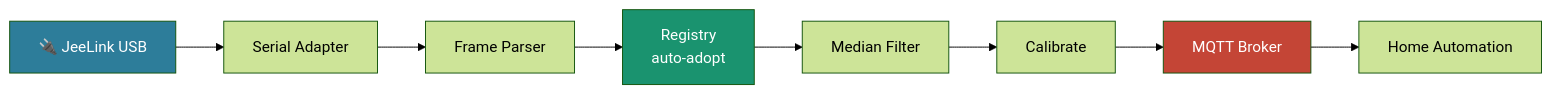
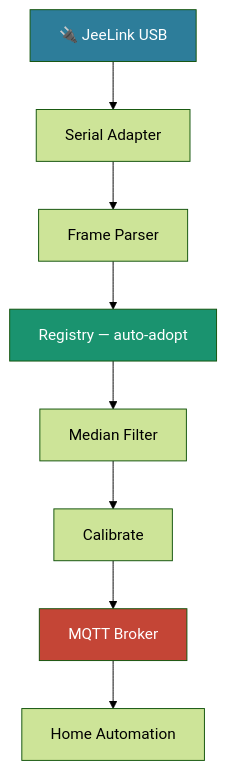
Before and after one commit to ff-fab/cosalette-apps: the diagram in apps/jeelink2mqtt/docs/index.md, drawn with Mermaid (forest theme). The commit also changed other lines of this file and 9 other files, not shown here.

````diff
--- a/apps/jeelink2mqtt/docs/index.md
+++ b/apps/jeelink2mqtt/docs/index.md
@@ -59,14 +50,14 @@
 ```mermaid
-flowchart LR
+flowchart TD
     A[🔌 JeeLink USB] --> B[Serial Adapter]
     B --> C[Frame Parser]
-    C --> D[Registry\nauto-adopt]
+    C --> D[Registry — auto-adopt]
     D --> E[Median Filter]
     E --> F[Calibrate]
     F --> G[MQTT Broker]
     G --> H[Home Automation]
 
     style A fill:#2d7d9a,color:#fff
     style D fill:#1a936f,color:#fff
     style G fill:#c44536,color:#fff
 ```
````
